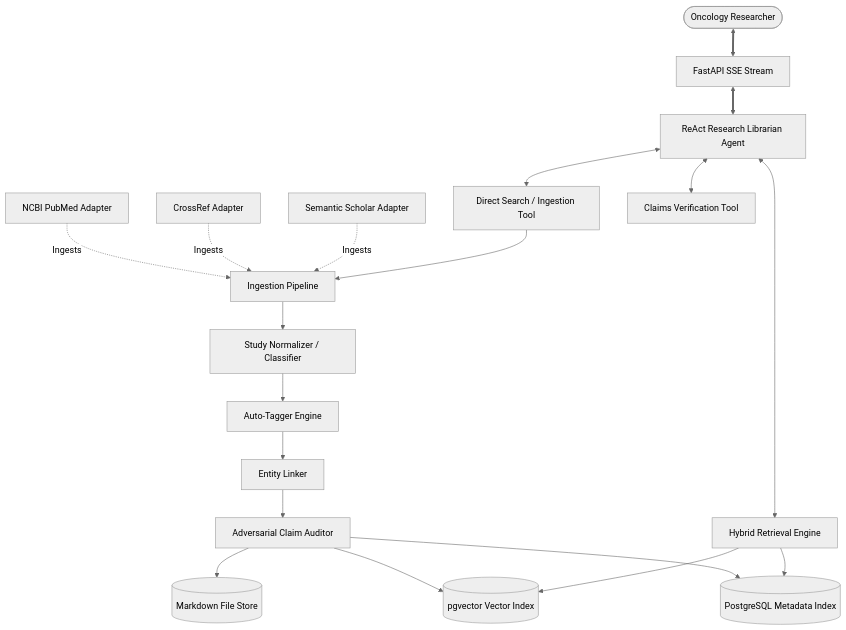
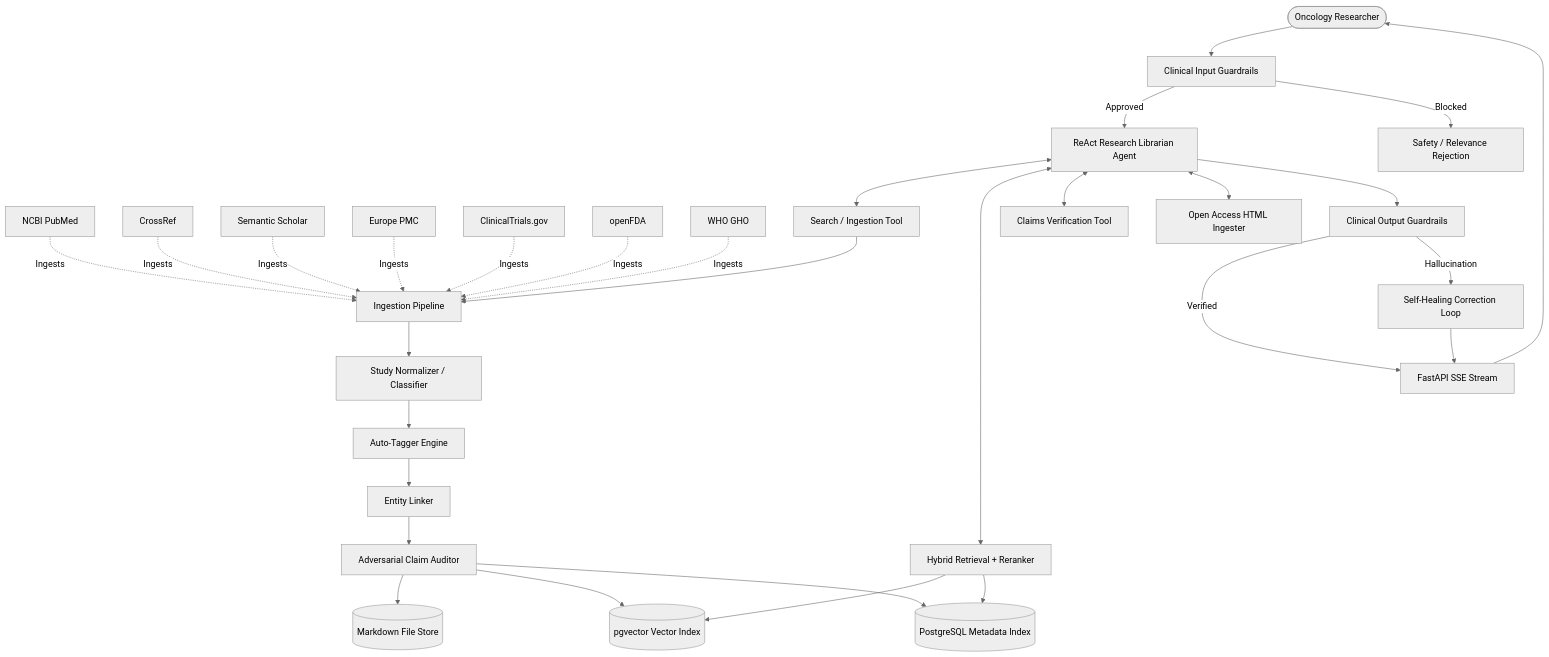
Before and after one commit to SatyamPandey-07/MEDICA: the diagram in README.md, drawn with Mermaid (neutral theme). The commit also changed other lines of this file and 15 other files, not shown here.

````diff
--- a/README.md
+++ b/README.md
@@ -27,32 +26,38 @@
 ```mermaid
 graph TD
-    %% Source Adapters
-    PubMed[NCBI PubMed Adapter] -. Ingests .-> Pipeline[Ingestion Pipeline]
-    CrossRef[CrossRef Adapter] -. Ingests .-> Pipeline
-    SemScholar[Semantic Scholar Adapter] -. Ingests .-> Pipeline
+    User([Oncology Researcher]) --> GuardrailsIn[Clinical Input Guardrails]
+    GuardrailsIn -->|Approved| Agent[ReAct Research Librarian Agent]
+    GuardrailsIn -->|Blocked| SafeReject[Safety / Relevance Rejection]
 
-    %% Ingestion Pipeline & Processing
+    PubMed[NCBI PubMed] -. Ingests .-> Pipeline[Ingestion Pipeline]
+    CrossRef[CrossRef] -. Ingests .-> Pipeline
+    SemScholar[Semantic Scholar] -. Ingests .-> Pipeline
+    EuropePMC[Europe PMC] -. Ingests .-> Pipeline
+    ClinicalTrials[ClinicalTrials.gov] -. Ingests .-> Pipeline
+    FDA[openFDA] -. Ingests .-> Pipeline
+    WHO[WHO GHO] -. Ingests .-> Pipeline
+
     Pipeline --> Normalizer[Study Normalizer / Classifier]
     Normalizer --> Tagger[Auto-Tagger Engine]
     Tagger --> Linker[Entity Linker]
     Linker --> Verifier[Adversarial Claim Auditor]
 
-    %% Storage & Indexing
     Verifier --> MDStore[(Markdown File Store)]
     Verifier --> PGVector[(pgvector Vector Index)]
     Verifier --> SQLIndex[(PostgreSQL Metadata Index)]
 
-    %% Researcher Interaction & ReAct Agent
-    User([Oncology Researcher]) <==> SSE[FastAPI SSE Stream]
-    SSE <==> Agent[ReAct Research Librarian Agent]
+    Agent <--> SearchTool[Search / Ingestion Tool]
+    Agent <--> HybridRetrieve[Hybrid Retrieval + Reranker]
+    Agent <--> ClaimsAudit[Claims Verification Tool]
+    Agent <--> OAIngester[Open Access HTML Ingester]
 
-    %% Agent Tools
-    Agent <--> SearchTool[Direct Search / Ingestion Tool]
-    Agent <--> HybridRetrieve[Hybrid Retrieval Engine]
-    Agent <--> ClaimsAudit[Claims Verification Tool]
+    Agent --> GuardrailsOut[Clinical Output Guardrails]
+    GuardrailsOut -->|Verified| SSE[FastAPI SSE Stream]
+    GuardrailsOut -->|Hallucination| SelfHeal[Self-Healing Correction Loop]
+    SelfHeal --> SSE
+    SSE --> User
 
-    %% Retrievers connection
     HybridRetrieve --> PGVector
     HybridRetrieve --> SQLIndex
     SearchTool --> Pipeline
 ```
````
